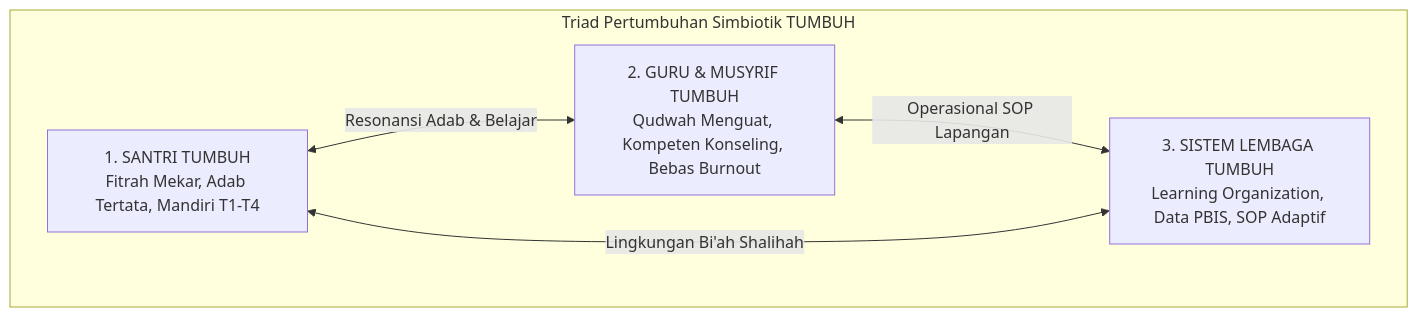
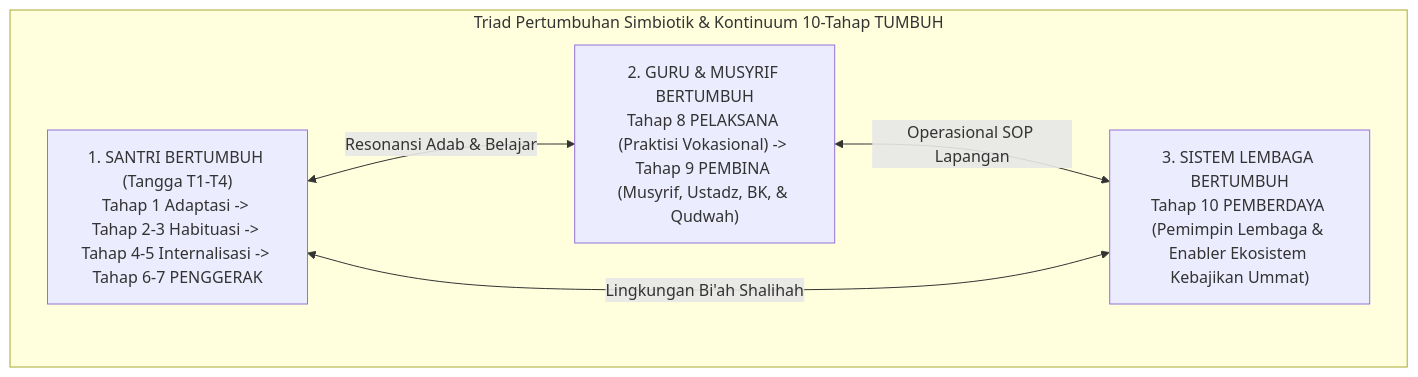
Before and after one commit to wandiapriliyandi/tumbuh: the third of 3 diagrams in 01 Philosophy/Jurnal-Monograf-Riset-Filosofi-TUMBUH.md, drawn with Mermaid. The commit also changed other lines of this file and 1 other file, not shown here.

Commit message:
feat: harmonize 4 student ladders with explicit 10 adult/alumni stages (Penggerak, Pelaksana, Pembina, Pemberdaya)

````diff
--- a/01 Philosophy/Jurnal-Monograf-Riset-Filosofi-TUMBUH.md
+++ b/01 Philosophy/Jurnal-Monograf-Riset-Filosofi-TUMBUH.md
@@ -105,12 +79,12 @@
 ```mermaid
 graph TD
-    subgraph Model_Triad_Simbiotik["Triad Pertumbuhan Simbiotik TUMBUH"]
-        Santri["1. SANTRI TUMBUH<br/>Fitrah Mekar, Adab Tertata, Mandiri T1-T4"]
-        Guru["2. GURU & MUSYRIF TUMBUH<br/>Qudwah Menguat, Kompeten Konseling, Bebas Burnout"]
-        Sistem["3. SISTEM LEMBAGA TUMBUH<br/>Learning Organization, Data PBIS, SOP Adaptif"]
+    subgraph Model_Triad_Simbiotik["Triad Pertumbuhan Simbiotik & Kontinuum 10-Tahap TUMBUH"]
+        Santri["1. SANTRI BERTUMBUH (Tangga T1-T4)<br/>Tahap 1 Adaptasi -> Tahap 2-3 Habituasi -> Tahap 4-5 Internalisasi -> Tahap 6-7 PENGGERAK"]
+        Guru["2. GURU & MUSYRIF BERTUMBUH<br/>Tahap 8 PELAKSANA (Praktisi Vokasional) -> Tahap 9 PEMBINA (Musyrif, Ustadz, BK, & Qudwah)"]
+        Sistem["3. SISTEM LEMBAGA BERTUMBUH<br/>Tahap 10 PEMBERDAYA (Pemimpin Lembaga & Enabler Ekosistem Kebajikan Ummat)"]
     end
 
     Santri <--> |Resonansi Adab & Belajar| Guru
     Guru <--> |Operasional SOP Lapangan| Sistem
     Sistem <--> |Lingkungan Bi'ah Shalihah| Santri
 ```
````
